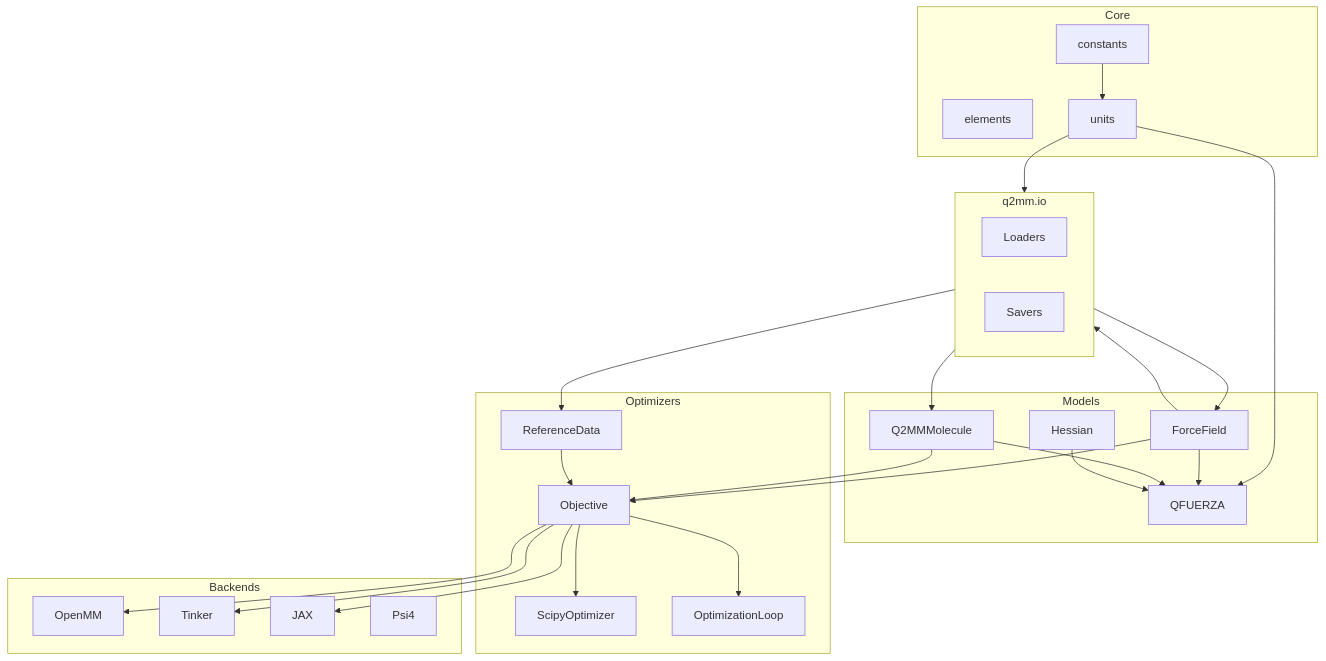
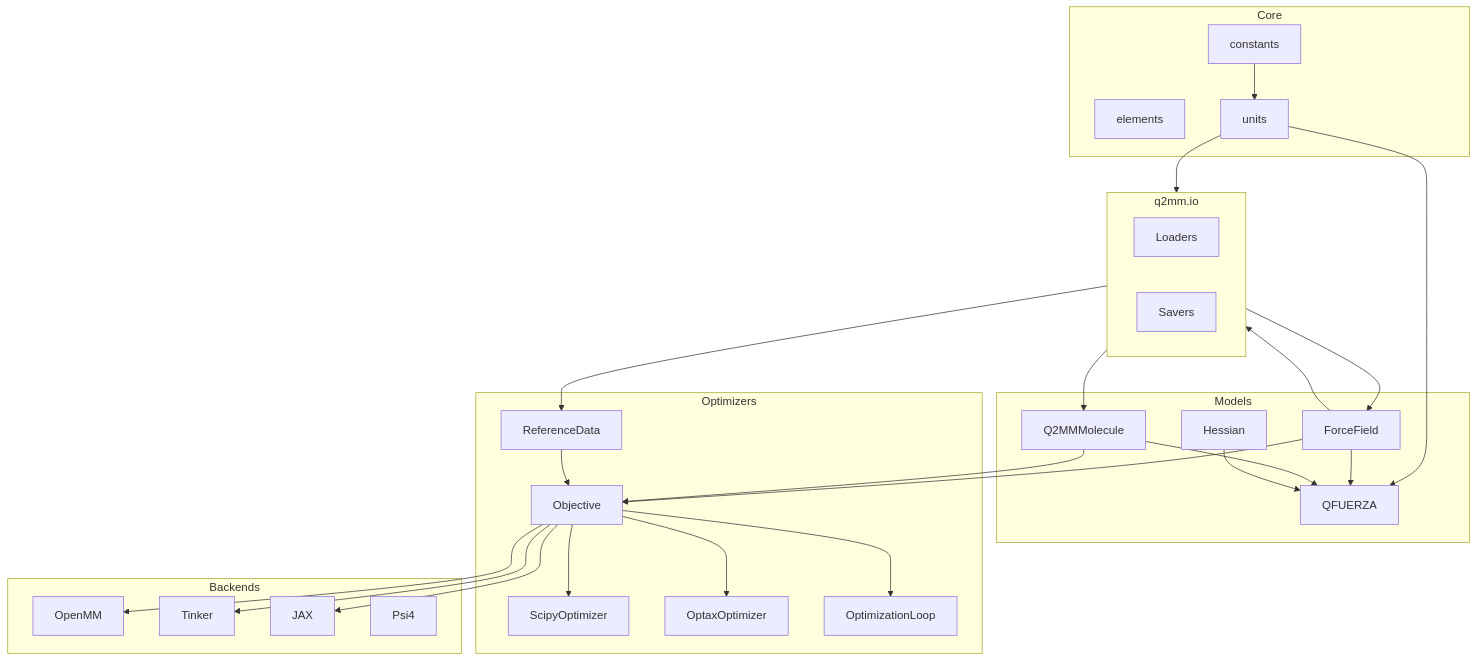
The second of 2 diagrams in docs/how-it-works/architecture.md (ericchansen/q2mm), drawn with Mermaid before and after one commit. The commit also changed other lines of this file and 7 other files, not shown here.

````diff
--- a/docs/how-it-works/architecture.md
+++ b/docs/how-it-works/architecture.md
@@ -246,56 +247,58 @@
 ```mermaid
 flowchart TD
     subgraph Core["Core"]
         constants[constants]
         elements[elements]
         units[units]
     end
 
     subgraph Models["Models"]
         ff[ForceField]
         mol[Q2MMMolecule]
         hess[Hessian]
         sem[QFUERZA]
     end
 
     subgraph Opt["Optimizers"]
         obj[Objective]
         ref[ReferenceData]
         scipy[ScipyOptimizer]
+        optax_opt[OptaxOptimizer]
         cycling[OptimizationLoop]
     end
 
     subgraph Engines["Backends"]
         omm[OpenMM]
         tk[Tinker]
         jax[JAX]
         psi4[Psi4]
     end
 
     subgraph IO["q2mm.io"]
         loaders[Loaders]
         savers[Savers]
     end
 
     constants --> units
     units --> IO
     units --> sem
     ff --> IO
     ff --> sem
     mol --> sem
     hess --> sem
 
     ff --> obj
     ref --> obj
     mol --> obj
     obj --> scipy
+    obj --> optax_opt
     obj --> cycling
 
     obj --> omm
     obj --> tk
     obj --> jax
 
     IO --> mol
     IO --> ref
     IO --> ff
 ```
````
